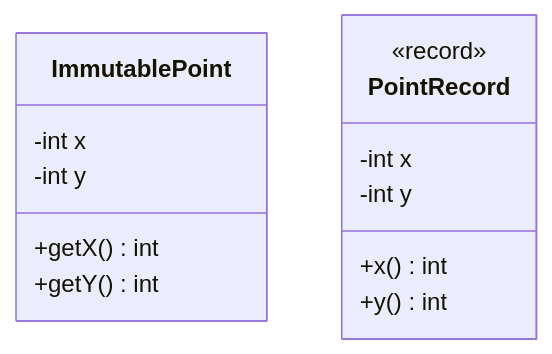
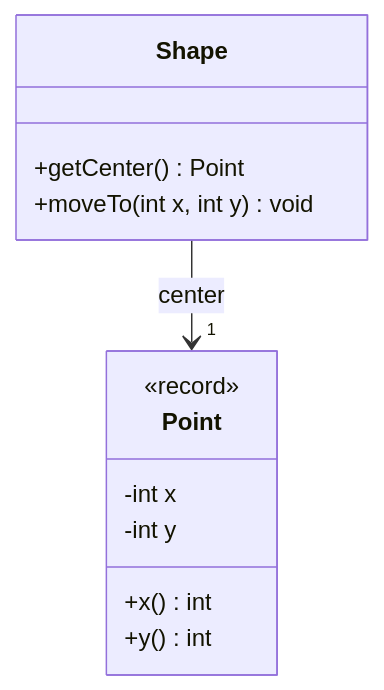
The third of 3 diagrams in ModernOOP/Immutability.md (cesarfrancoe/OOPConcepts), drawn with Mermaid before and after one commit. The commit also changed other lines of this file, not shown here.

Commit message:
Refactor Immutability documentation: clarify mutable class implementation and enhance explanation of shared point issues

````diff
--- a/ModernOOP/Immutability.md
+++ b/ModernOOP/Immutability.md
@@ -281,16 +324,15 @@
 ```mermaid
 classDiagram
-    class ImmutablePoint {
-        -int x
-        -int y
-        +getX() int
-        +getY() int
-    }
-    class PointRecord {
+    class Point {
         <<record>>
         -int x
         -int y
         +x() int
         +y() int
     }
+    class Shape {
+        +getCenter() Point
+        +moveTo(int x, int y) void
+    }
+    Shape --> "1" Point : center
 ```
````
